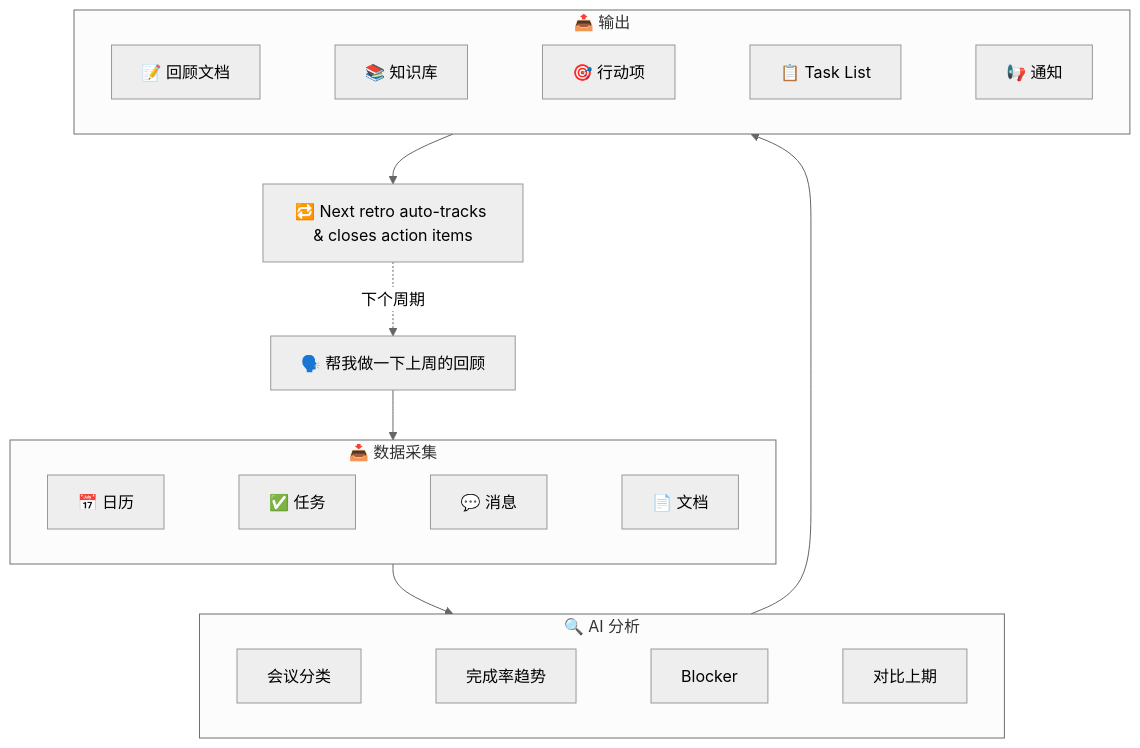
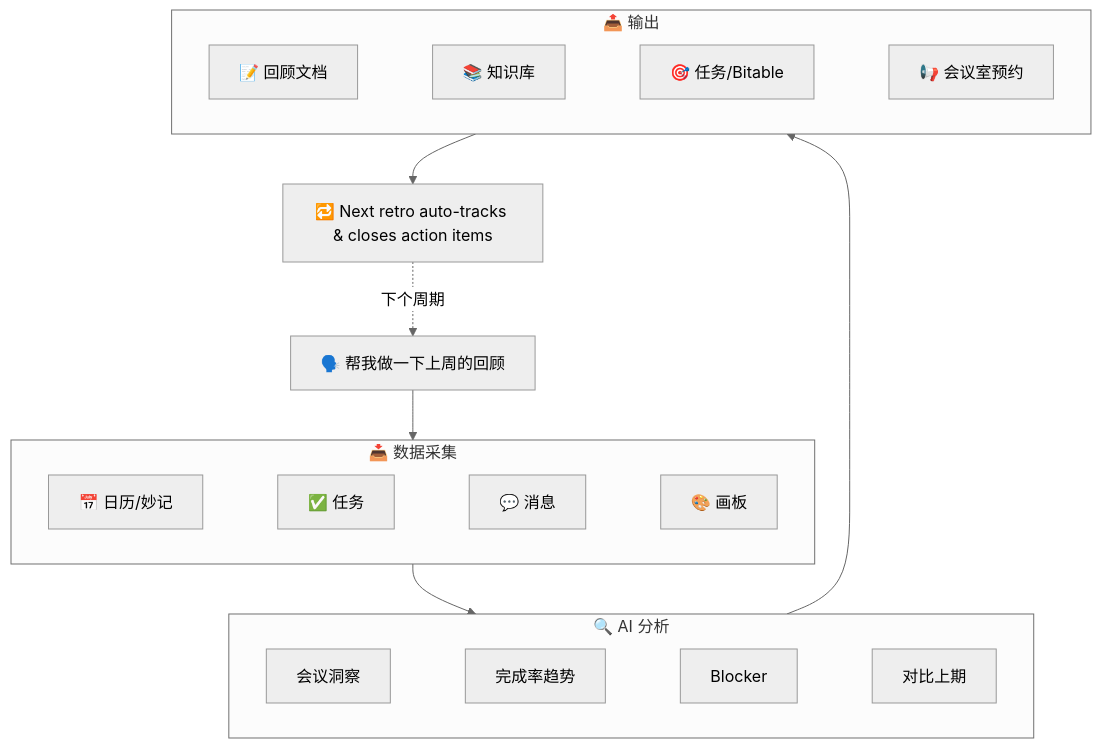
One commit to gkzzhs/lark-retro changed the diagram in README.md. Above: the diagram before and after it, drawn with Mermaid (neutral theme). The commit also changed other lines of this file and 3 other files, not shown here.

````diff
--- a/README.md
+++ b/README.md
@@ -83,26 +82,26 @@
 ```mermaid
 flowchart TB
     User["🗣️ 帮我做一下上周的回顾"] --> Collect
 
     subgraph Collect["📥 数据采集"]
         direction LR
-        C1["📅 日历"] ~~~ C2["✅ 任务"] ~~~ C3["💬 消息"] ~~~ C4["📄 文档"]
+        C1["📅 日历/妙记"] ~~~ C2["✅ 任务"] ~~~ C3["💬 消息"] ~~~ C4["🎨 画板"]
     end
 
     Collect --> Analyze
 
     subgraph Analyze["🔍 AI 分析"]
         direction LR
-        A1["会议分类"] ~~~ A2["完成率趋势"] ~~~ A3["Blocker"] ~~~ A4["对比上期"]
+        A1["会议洞察"] ~~~ A2["完成率趋势"] ~~~ A3["Blocker"] ~~~ A4["对比上期"]
     end
 
     Analyze --> Output
 
     subgraph Output["📤 输出"]
         direction LR
-        O1["📝 回顾文档"] ~~~ O2["📚 知识库"] ~~~ O3["🎯 行动项"] ~~~ O5["📋 Task List"] ~~~ O4["📢 通知"]
+        O1["📝 回顾文档"] ~~~ O2["📚 知识库"] ~~~ O3["🎯 任务/Bitable"] ~~~ O4["📢 会议室预约"]
     end
 
     Output --> Loop["🔁 Next retro auto-tracks & closes action items"]
     Loop -.->|"下个周期"| User
 ```
````
